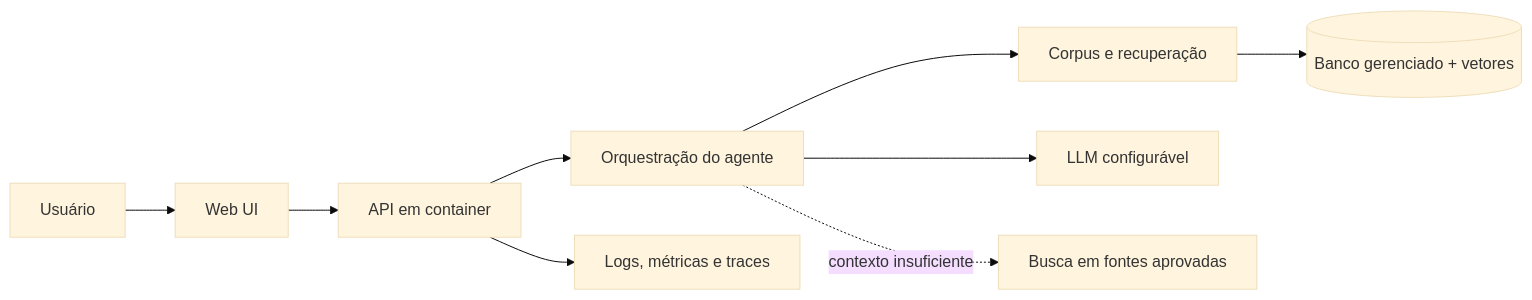
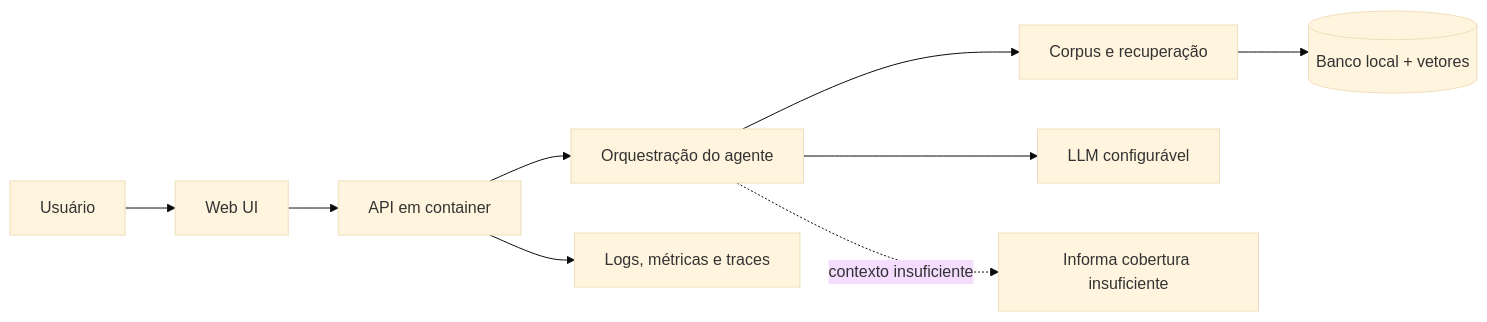
Before and after one commit to MarceloSoiber/PantryPilot: the diagram in docs/IMPLEMENTATION_PLAN.md, drawn with Mermaid (base theme). The commit also changed other lines of this file and 12 other files, not shown here.

````diff
--- a/docs/IMPLEMENTATION_PLAN.md
+++ b/docs/IMPLEMENTATION_PLAN.md
@@ -20,11 +20,11 @@
 ```mermaid
 flowchart LR
     U[Usuário] --> W[Web UI]
     W --> A[API em container]
     A --> G[Orquestração do agente]
     G --> R[Corpus e recuperação]
     G --> M[LLM configurável]
-    R --> D[(Banco gerenciado + vetores)]
-    G -. contexto insuficiente .-> S[Busca em fontes aprovadas]
+    R --> D[(Banco local + vetores)]
+    G -. contexto insuficiente .-> S[Informa cobertura insuficiente]
     A --> O[Logs, métricas e traces]
 ```
````
